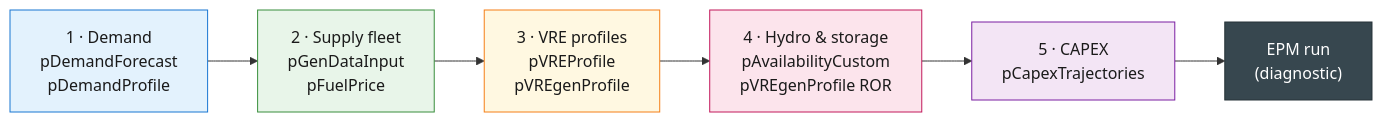
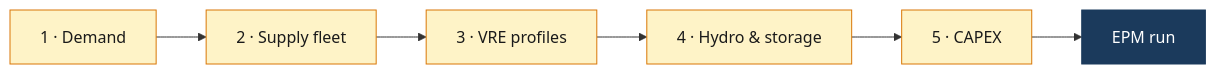
The third of 3 diagrams in docs/preprocessing/pre_overview.md (ESMAP-World-Bank-Group/EPM), drawn with Mermaid before and after one commit. The commit also changed other lines of this file, not shown here.

First line of the commit message:
docs: clean up data preparation page layout and visuals

````diff
--- a/docs/preprocessing/pre_overview.md
+++ b/docs/preprocessing/pre_overview.md
@@ -203,18 +166,16 @@
 ```mermaid
 flowchart LR
-    D["1 · Demand\npDemandForecast\npDemandProfile"]
-    S["2 · Supply fleet\npGenDataInput\npFuelPrice"]
-    V["3 · VRE profiles\npVREProfile\npVREgenProfile"]
-    H["4 · Hydro & storage\npAvailabilityCustom\npVREgenProfile ROR"]
-    C["5 · CAPEX\npCapexTrajectories"]
-    R["EPM run\n(diagnostic)"]
+    D["1 · Demand"]
+    S["2 · Supply fleet"]
+    V["3 · VRE profiles"]
+    H["4 · Hydro & storage"]
+    C["5 · CAPEX"]
+    R["EPM run"]
 
     D --> S --> V --> H --> C --> R
 
-    style D fill:#e3f2fd,stroke:#1976D2,color:#1a1a1a
-    style S fill:#e8f5e9,stroke:#388E3C,color:#1a1a1a
-    style V fill:#fff8e1,stroke:#F57F17,color:#1a1a1a
-    style H fill:#fce4ec,stroke:#C2185B,color:#1a1a1a
-    style C fill:#f3e5f5,stroke:#7B1FA2,color:#1a1a1a
-    style R fill:#37474f,color:#fff,stroke:#263238
+    classDef step fill:#FEF3C7,stroke:#D97706,color:#1a1a1a
+    classDef epm fill:#1b3a5c,color:#fff,stroke:#1b3a5c
+    class D,S,V,H,C step
+    class R epm
 ```
````
